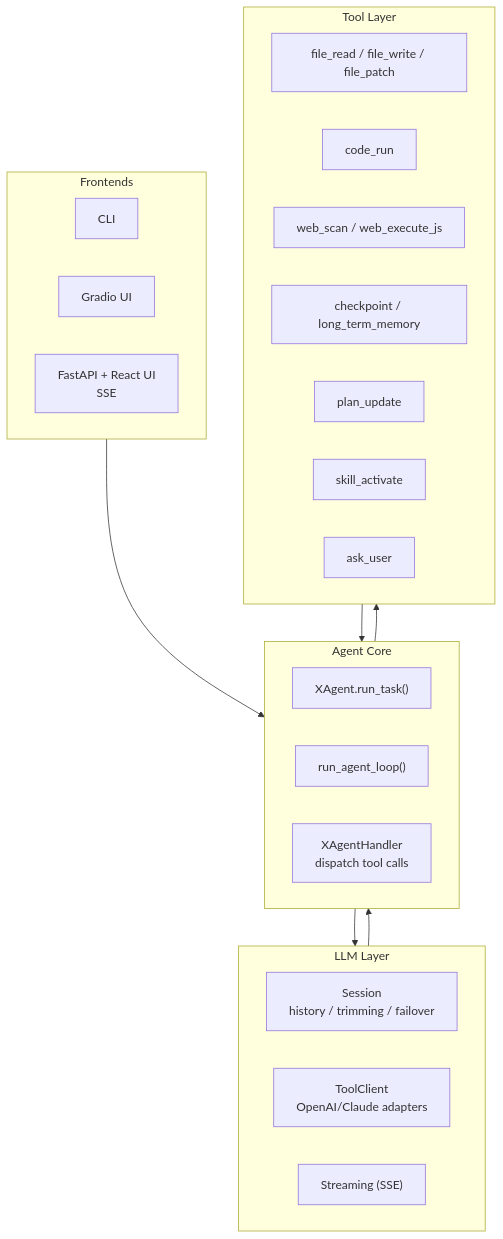
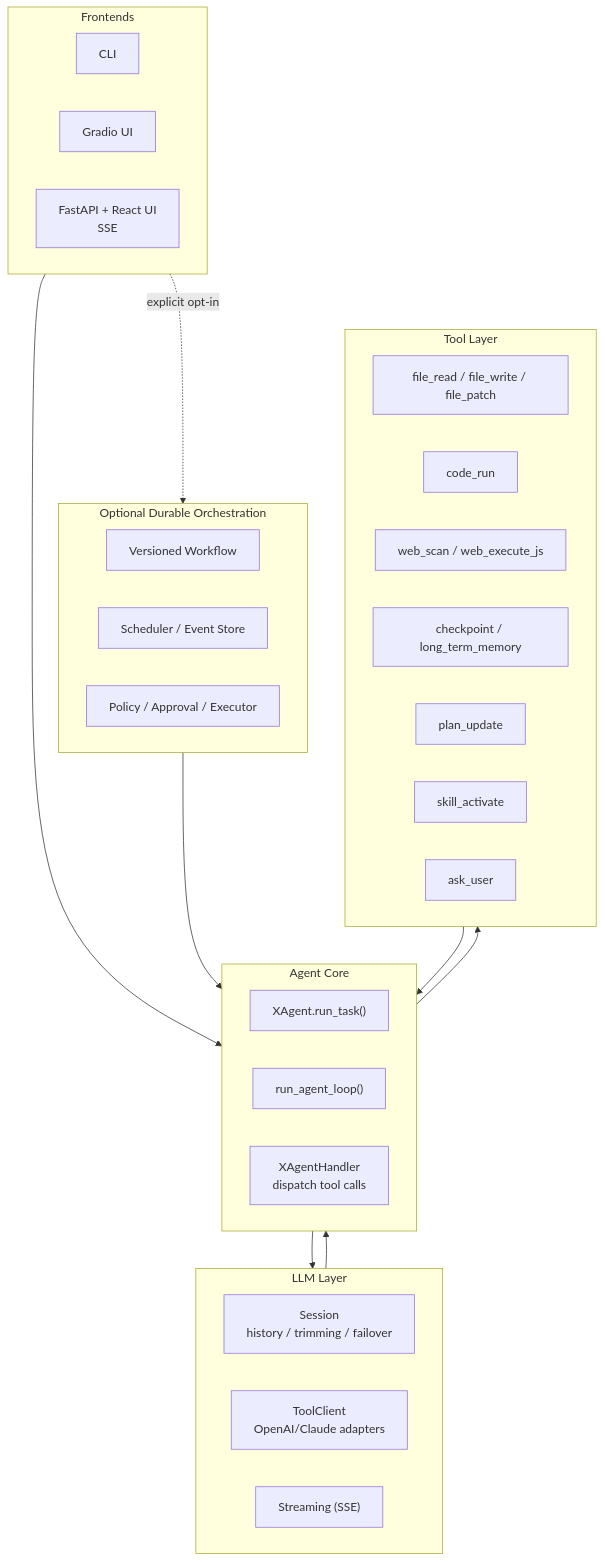
Before and after one commit to liuxusummer/XAgent: the first of 3 diagrams in README.md, drawn with Mermaid. The commit also changed other lines of this file and 64 other files, not shown here.

Commit message:
feat(orchestration): add durable agent workflow runtime

````diff
--- a/README.md
+++ b/README.md
@@ -52,36 +52,44 @@
 ```mermaid
 flowchart TB
   subgraph F[Frontends]
     CLI[CLI]
     Gradio[Gradio UI]
     Web["FastAPI + React UI<br/>SSE"]
   end
 
   subgraph C[Agent Core]
     X["XAgent.run_task()"]
     Loop["run_agent_loop()"]
     Handler["XAgentHandler<br/>dispatch tool calls"]
+  end
+
+  subgraph O["Optional Durable Orchestration"]
+    Workflow["Versioned Workflow"]
+    Scheduler["Scheduler / Event Store"]
+    Guard["Policy / Approval / Executor"]
   end
 
   subgraph L[LLM Layer]
     Session["Session<br/>history / trimming / failover"]
     ToolClient["ToolClient<br/>OpenAI/Claude adapters"]
     Stream["Streaming (SSE)"]
   end
 
   subgraph T[Tool Layer]
     File["file_read / file_write / file_patch"]
     Code[code_run]
     WebTool["web_scan / web_execute_js"]
     Memory["checkpoint / long_term_memory"]
     Plan[plan_update]
     Skill[skill_activate]
     Ask[ask_user]
   end
 
   F --> C
+  F -. explicit opt-in .-> O
+  O --> C
   C --> L
   L --> C
   C --> T
   T --> C
 ```
````
